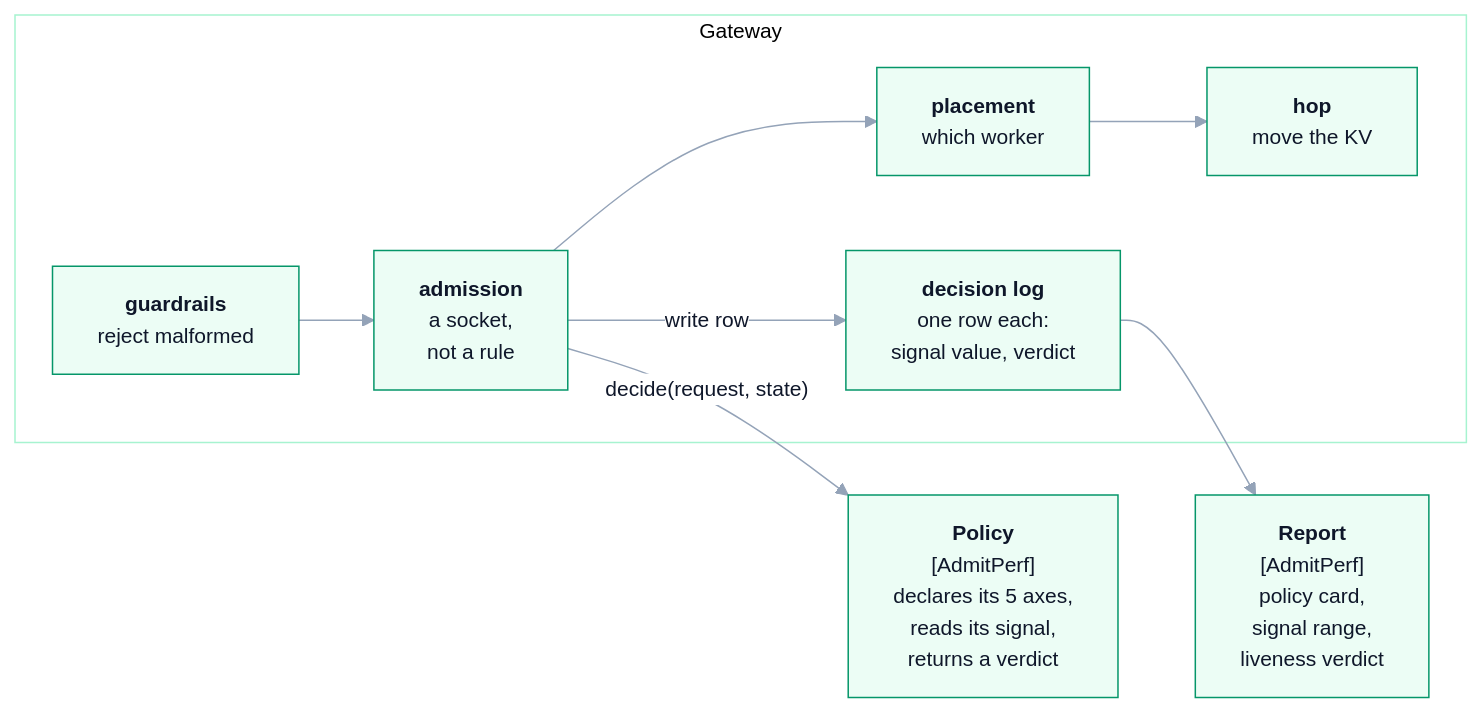
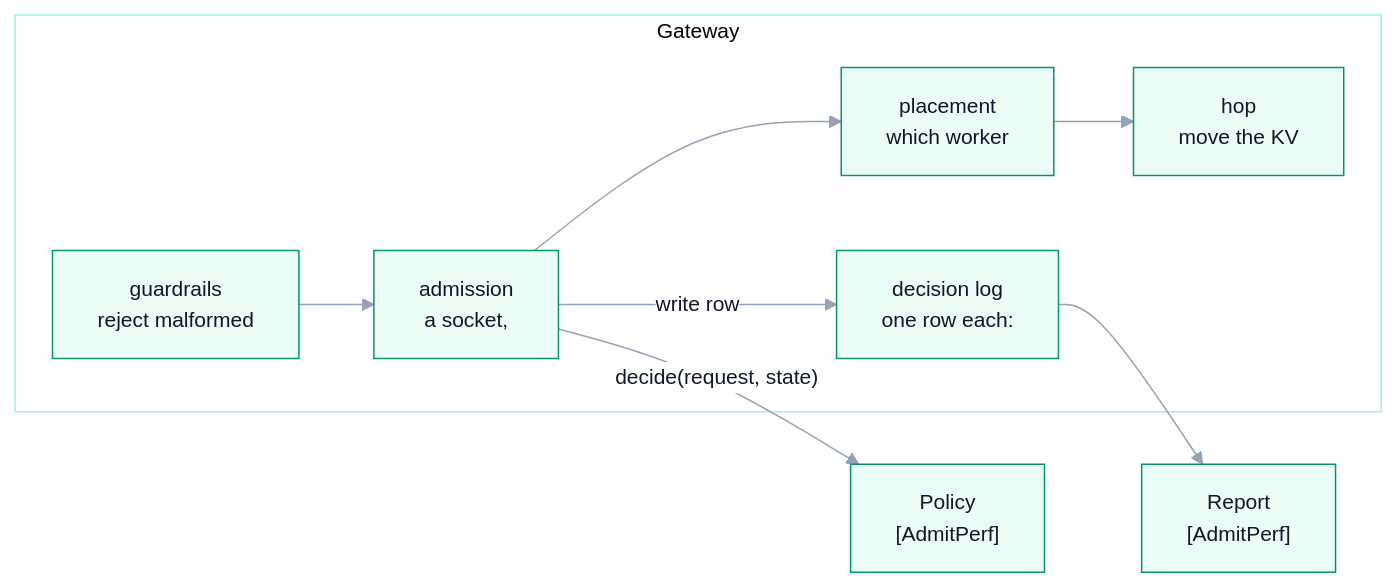
Before and after one commit to harshuljain13/Dodona: the third of 4 diagrams in docs/project/02-cluster.md, drawn with Mermaid. The commit also changed other lines of this file and 17 other files, not shown here.

````diff
--- a/docs/project/02-cluster.md
+++ b/docs/project/02-cluster.md
@@ -87,26 +87,26 @@
 ```mermaid
 %%{init: {'theme':'base','themeVariables':{
   'fontFamily':'ui-sans-serif, -apple-system, Segoe UI, Inter, Helvetica, Arial, sans-serif','fontSize':'14px',
   'primaryColor':'#ecfdf5','primaryTextColor':'#0f172a','primaryBorderColor':'#059669',
   'secondaryColor':'#f8fafc','tertiaryColor':'#ffffff',
   'lineColor':'#94a3b8','textColor':'#1e293b',
   'clusterBkg':'#ffffff','clusterBorder':'#a7f3d0',
   'edgeLabelBackground':'#ffffff','nodeBorder':'#059669'
 }}}%%
 flowchart LR
     subgraph GW["Gateway"]
-        G["<b>guardrails</b><br/>reject malformed"]
-        A["<b>admission</b><br/>a socket,<br/>not a rule"]
-        P["<b>placement</b><br/>which worker"]
-        H["<b>hop</b><br/>move the KV"]
-        L["<b>decision log</b><br/>one row each:<br/>signal value, verdict"]
+        G["guardrails<br/>reject malformed"]
+        A["admission<br/>a socket,"]
+        P["placement<br/>which worker"]
+        H["hop<br/>move the KV"]
+        L["decision log<br/>one row each:"]
     end
 
-    POL["<b>Policy</b><br/>[AdmitPerf]<br/>declares its 5 axes,<br/>reads its signal,<br/>returns a verdict"]
-    REP["<b>Report</b><br/>[AdmitPerf]<br/>policy card,<br/>signal range,<br/>liveness verdict"]
+    POL["Policy<br/>[AdmitPerf]"]
+    REP["Report<br/>[AdmitPerf]"]
 
     G --> A --> P --> H
     A -->|"decide(request, state)"| POL
     A -->|"write row"| L
     L --> REP
 ```
````
